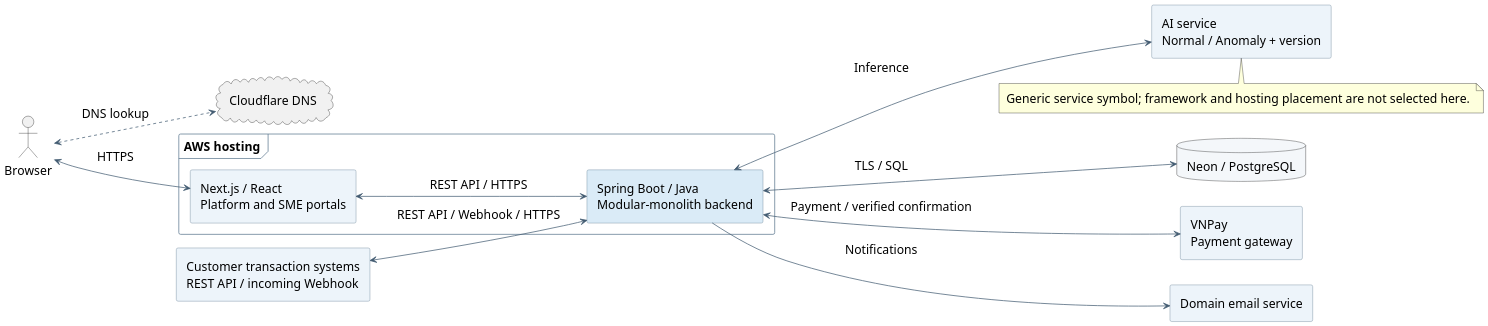
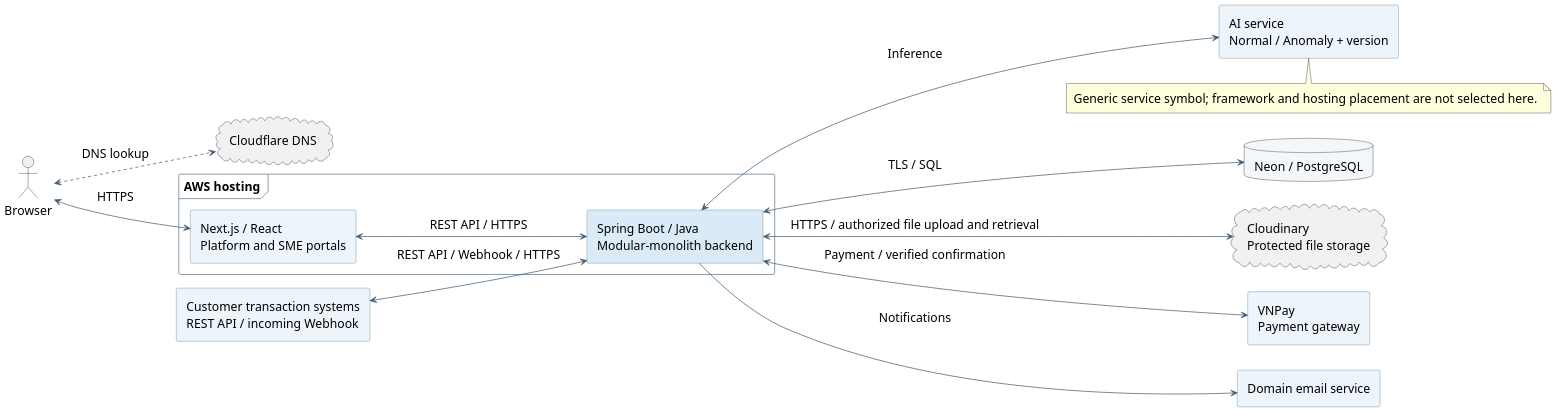
Before and after one commit to fall26-fpt-capstone/SME-FraudGuard: the diagram in docs/diagrams/report-4-sdd/system-design/architecture.puml, drawn with PlantUML. The commit also changed 99 other files, not shown here.

Commit message:
docs: update Review 2 reports and diagram assets

```diff
--- a/docs/diagrams/report-4-sdd/system-design/architecture.puml
+++ b/docs/diagrams/report-4-sdd/system-design/architecture.puml
@@ -1,40 +1,42 @@
 @startuml
 left to right direction
 skinparam backgroundColor white
 skinparam shadowing false
 skinparam defaultFontName Arial
 skinparam defaultFontSize 17
 skinparam ArrowColor #415A70
 skinparam componentStyle rectangle
 skinparam componentBackgroundColor #EDF4FA
 skinparam componentBorderColor #59758C
 skinparam databaseBackgroundColor #F4F7FA
 skinparam packageBackgroundColor white
 skinparam packageBorderColor #59758C
 skinparam padding 4
 skinparam nodesep 35
 skinparam ranksep 65
 skinparam dpi 160
 actor "Browser" as browser
 cloud "Cloudflare DNS" as dns
 component "Customer transaction systems\nREST API / incoming Webhook" as customer
 frame "AWS hosting" {
   component "Next.js / React\nPlatform and SME portals" as web
   component "Spring Boot / Java\nModular-monolith backend" as backend #DAEBF7
 }
 database "Neon / PostgreSQL" as db
+cloud "Cloudinary\nProtected file storage" as files
 component "AI service\nNormal / Anomaly + version" as ai
 component "VNPay\nPayment gateway" as pay
 component "Domain email service" as email
 browser <..> dns : DNS lookup
 browser <--> web : HTTPS
 web <--> backend : REST API / HTTPS
 customer <--> backend : REST API / Webhook / HTTPS
 backend <--> db : TLS / SQL
+backend <--> files : HTTPS / authorized file upload and retrieval
 backend <--> ai : Inference
 backend <--> pay : Payment / verified confirmation
 backend --> email : Notifications
 note bottom of ai
   Generic service symbol; framework and hosting placement are not selected here.
 end note
 @enduml
```
